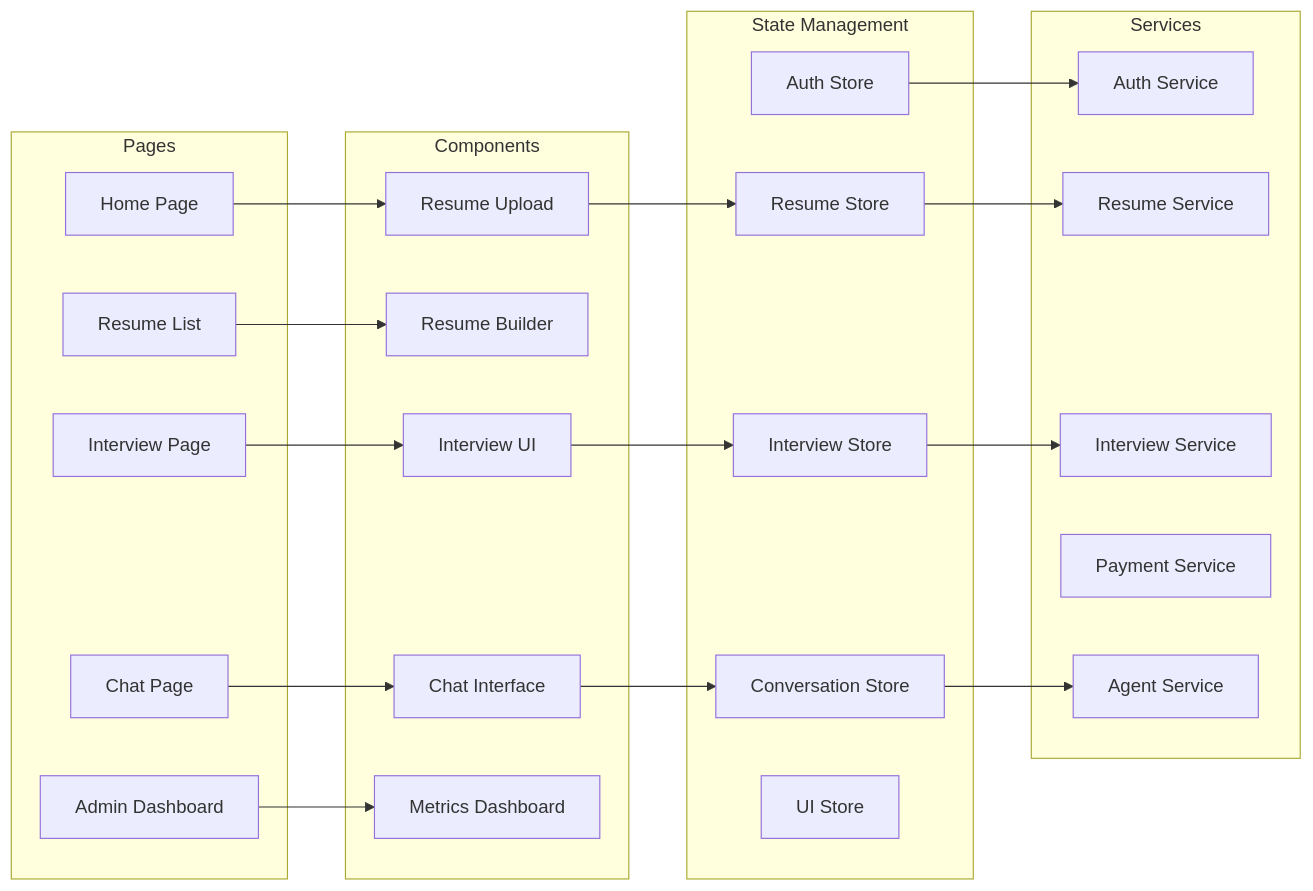
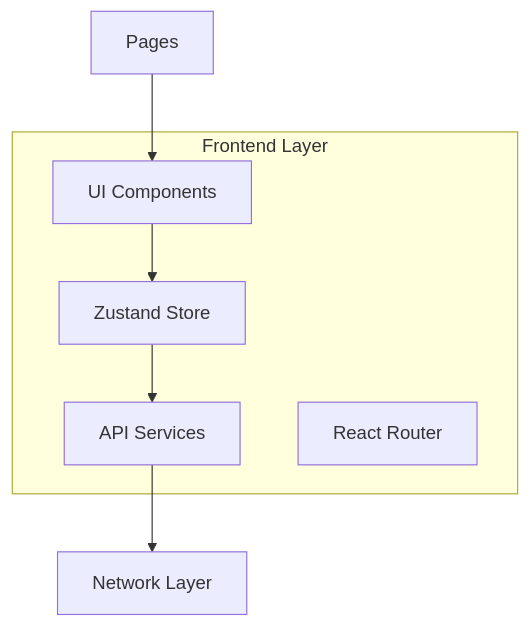
Before and after one commit to xuanyiying/IntervAI: the second of 6 diagrams in docs/architecture/system-architecture.md, drawn with Mermaid. The commit also changed other lines of this file and 5 other files, not shown here.

First line of the commit message:
docs: update documentation structure and system architecture

````diff
--- a/docs/architecture/system-architecture.md
+++ b/docs/architecture/system-architecture.md
@@ -121,49 +45,14 @@
 ```mermaid
-graph LR
-    subgraph "Pages"
-        HOME[Home Page]
-        CHAT[Chat Page]
-        RESUME_LIST[Resume List]
-        INTERVIEW_PAGE[Interview Page]
-        ADMIN[Admin Dashboard]
+graph TD
+    subgraph "Frontend Layer"
+        UI[UI Components]
+        Store[Zustand Store]
+        Service[API Services]
+        Router[React Router]
     end
 
-    subgraph "Components"
-        UPLOAD[Resume Upload]
-        BUILDER[Resume Builder]
-        CHAT_UI[Chat Interface]
-        INTERVIEW_UI[Interview UI]
-        METRICS[Metrics Dashboard]
-    end
-
-    subgraph "State Management"
-        AUTH_STORE[Auth Store]
-        RESUME_STORE[Resume Store]
-        CONV_STORE[Conversation Store]
-        INTERVIEW_STORE[Interview Store]
-        UI_STORE[UI Store]
-    end
-
-    subgraph "Services"
-        AUTH_SVC[Auth Service]
-        RESUME_SVC[Resume Service]
-        INTERVIEW_SVC[Interview Service]
-        PAYMENT_SVC[Payment Service]
-        AGENT_SVC[Agent Service]
-    end
-
-    HOME --> UPLOAD
-    CHAT --> CHAT_UI
-    RESUME_LIST --> BUILDER
-    INTERVIEW_PAGE --> INTERVIEW_UI
-    ADMIN --> METRICS
-
-    UPLOAD --> RESUME_STORE
-    CHAT_UI --> CONV_STORE
-    INTERVIEW_UI --> INTERVIEW_STORE
-
-    RESUME_STORE --> RESUME_SVC
-    CONV_STORE --> AGENT_SVC
-    INTERVIEW_STORE --> INTERVIEW_SVC
-    AUTH_STORE --> AUTH_SVC
+    Page[Pages] --> UI
+    UI --> Store
+    Store --> Service
+    Service --> Network[Network Layer]
 ```
````
